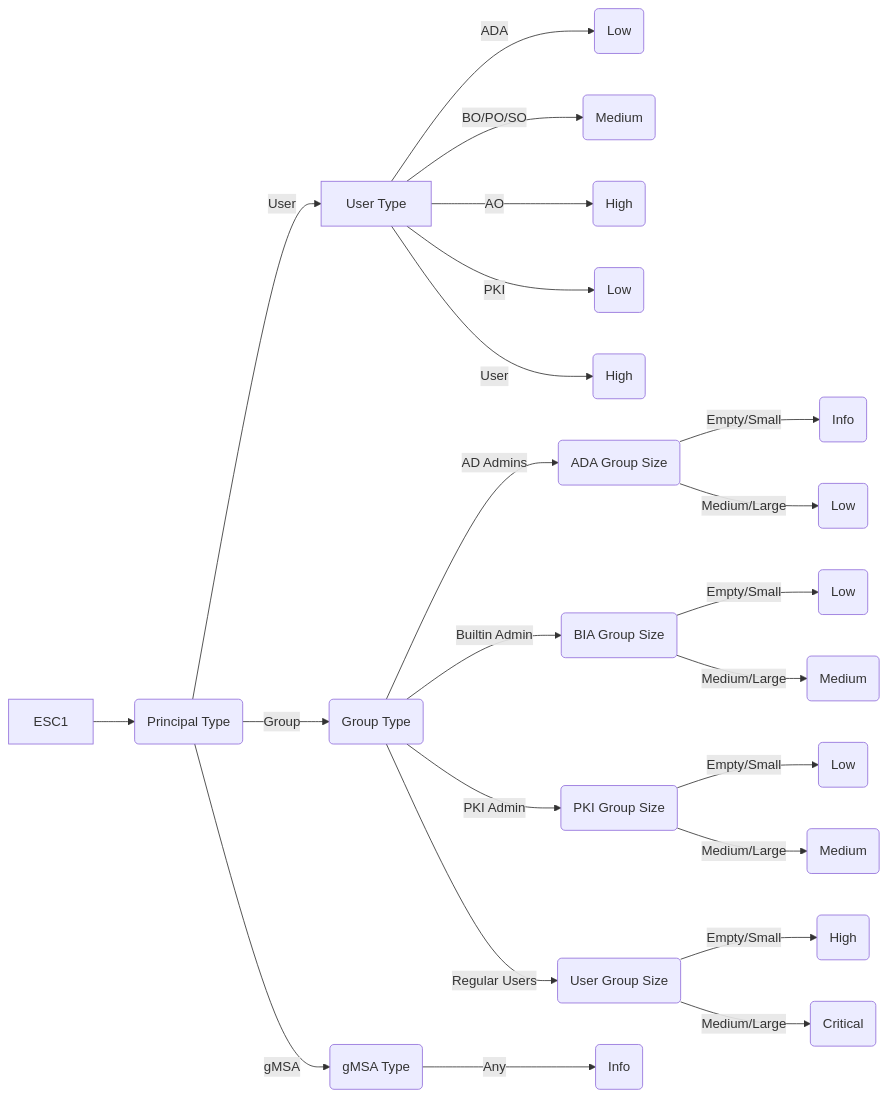
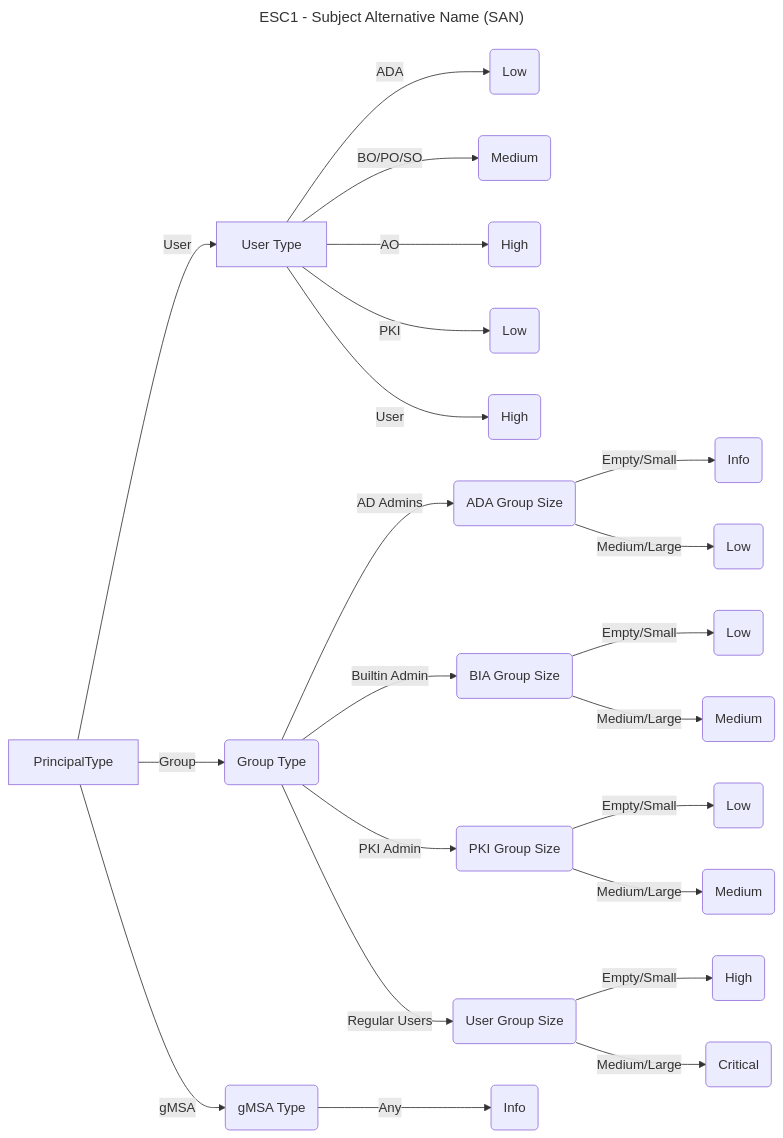
One commit to TrimarcJake/Locksmith changed the diagram in Graphics/ESC1.md. Above: the diagram before and after it, drawn with Mermaid. The commit also changed 7 other files, not shown here.

````diff
--- a/Graphics/ESC1.md
+++ b/Graphics/ESC1.md
@@ -1,25 +1,27 @@
 ```mermaid
+---
+title: ESC1 - Subject Alternative Name (SAN)
+---
 flowchart LR
-    ESC1 --> PrincipalType(Principal Type);
-        PrincipalType -->|User| UserType["User Type"];
+    PrincipalType -->|User| UserType["User Type"];
             UserType -- ADA --> ADAUPriority(Low);
             UserType -- BO/PO/SO --> BIAUPriority(Medium);
             UserType -- AO --> AOUPriority(High);
             UserType -- PKI --> PKIAUPriority(Low);
             UserType -- User --> UserPriority(High);
     PrincipalType -->|Group| GroupType("Group Type");
             GroupType -- AD Admins --> ADASize(ADA Group Size);
                 ADASize -- Empty/Small --> ADAEGPriority(Info);
                 ADASize -- Medium/Large --> ADAMGPriority(Low);
             GroupType -- Builtin Admin --> BIASize(BIA Group Size);
                 BIASize -- Empty/Small --> BIAEGPriority(Low);
                 BIASize -- Medium/Large --> BIAMGPriority(Medium);
             GroupType -- PKI Admin --> PKIASize(PKI Group Size);
                 PKIASize -- Empty/Small --> PKIAEGPriority(Low);
                 PKIASize -- Medium/Large --> PKIAMGPriority(Medium);
             GroupType -- Regular Users --> UsersSize(User Group Size);
                 UsersSize -- Empty/Small --> UsersEGPriority(High);
                 UsersSize -- Medium/Large --> UsersMGPriority(Critical);
     PrincipalType -->|gMSA| gMSAType(gMSA Type);
             gMSAType -- Any --> gMSAPriority(Info);
 ```
````
